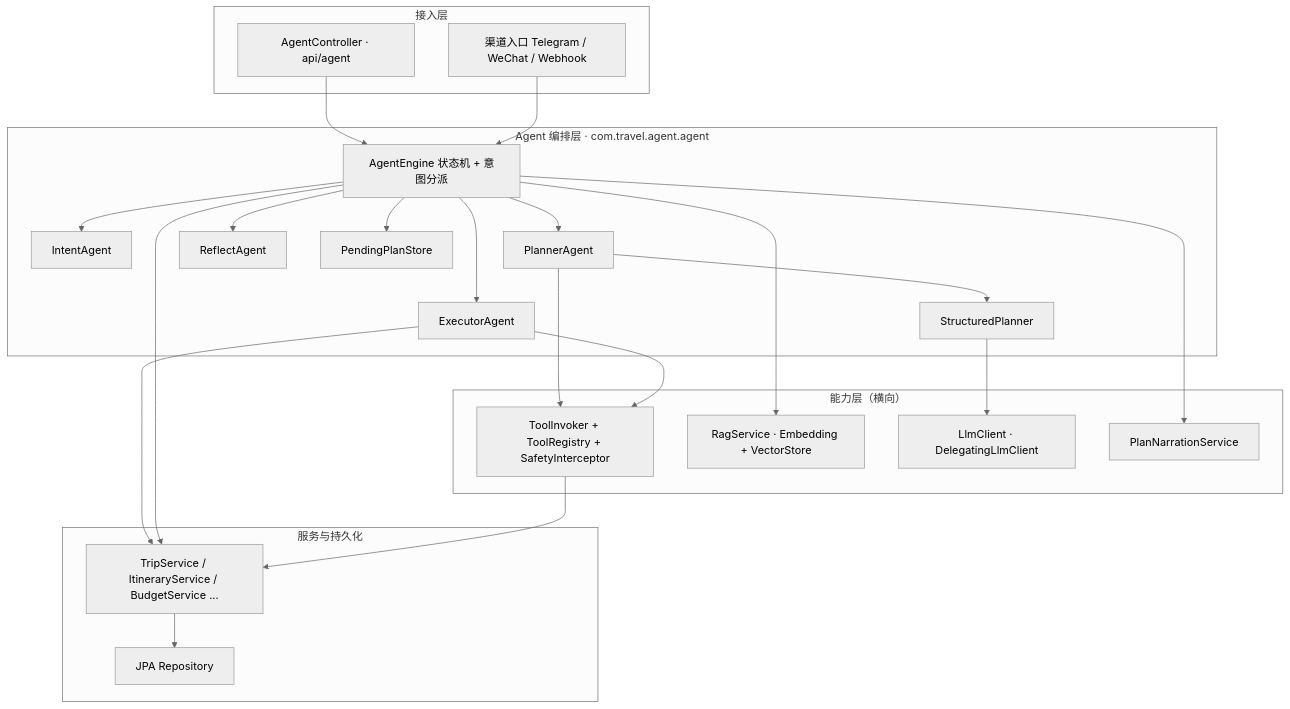
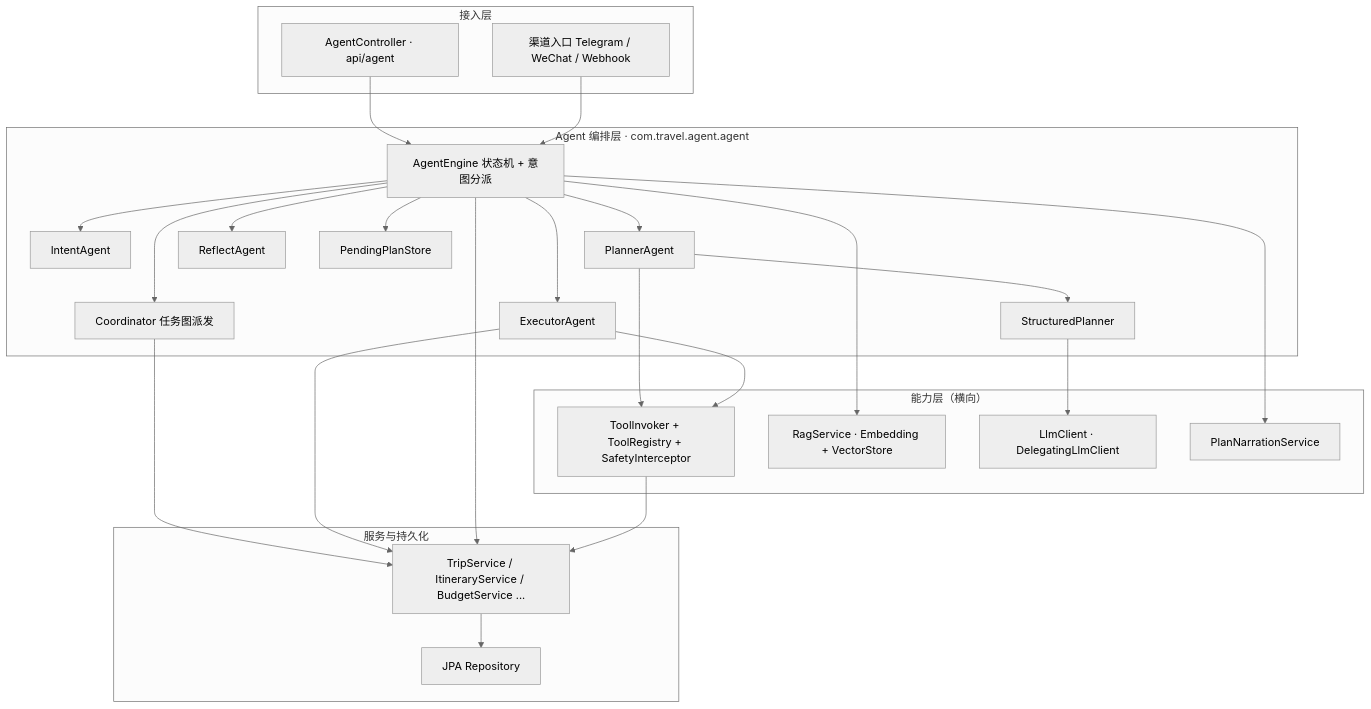
Before and after one commit to Lukas-Ga06/-: the first of 5 diagrams in docs/guide/architecture.md, drawn with Mermaid (neutral theme). The commit also changed other lines of this file and 33 other files, not shown here.

````diff
--- a/docs/guide/architecture.md
+++ b/docs/guide/architecture.md
@@ -25,43 +25,46 @@
 ```mermaid
 flowchart TB
     subgraph Access["接入层"]
         AC["AgentController · api/agent"]
         CH["渠道入口 Telegram / WeChat / Webhook"]
     end
     subgraph Agent["Agent 编排层 · com.travel.agent.agent"]
         AE["AgentEngine 状态机 + 意图分派"]
+        CO["Coordinator 任务图派发"]
         IA["IntentAgent"]
         PA["PlannerAgent"]
         SP["StructuredPlanner"]
         EX["ExecutorAgent"]
         RF["ReflectAgent"]
         PPS["PendingPlanStore"]
     end
     subgraph Cap["能力层（横向）"]
         TI["ToolInvoker + ToolRegistry + SafetyInterceptor"]
         RAG["RagService · Embedding + VectorStore"]
         LLM["LlmClient · DelegatingLlmClient"]
         PN["PlanNarrationService"]
     end
     subgraph Data["服务与持久化"]
         SVC["TripService / ItineraryService / BudgetService ..."]
         REPO["JPA Repository"]
     end
     AC --> AE
     CH --> AE
     AE --> IA
     AE --> PA
     AE --> EX
     AE --> RF
     AE --> PPS
+    AE --> CO
+    CO --> SVC
     PA --> SP
     PA --> TI
     EX --> TI
     EX --> SVC
     AE --> RAG
     AE --> SVC
     SP --> LLM
     AE --> PN
     TI --> SVC
     SVC --> REPO
 ```
````
